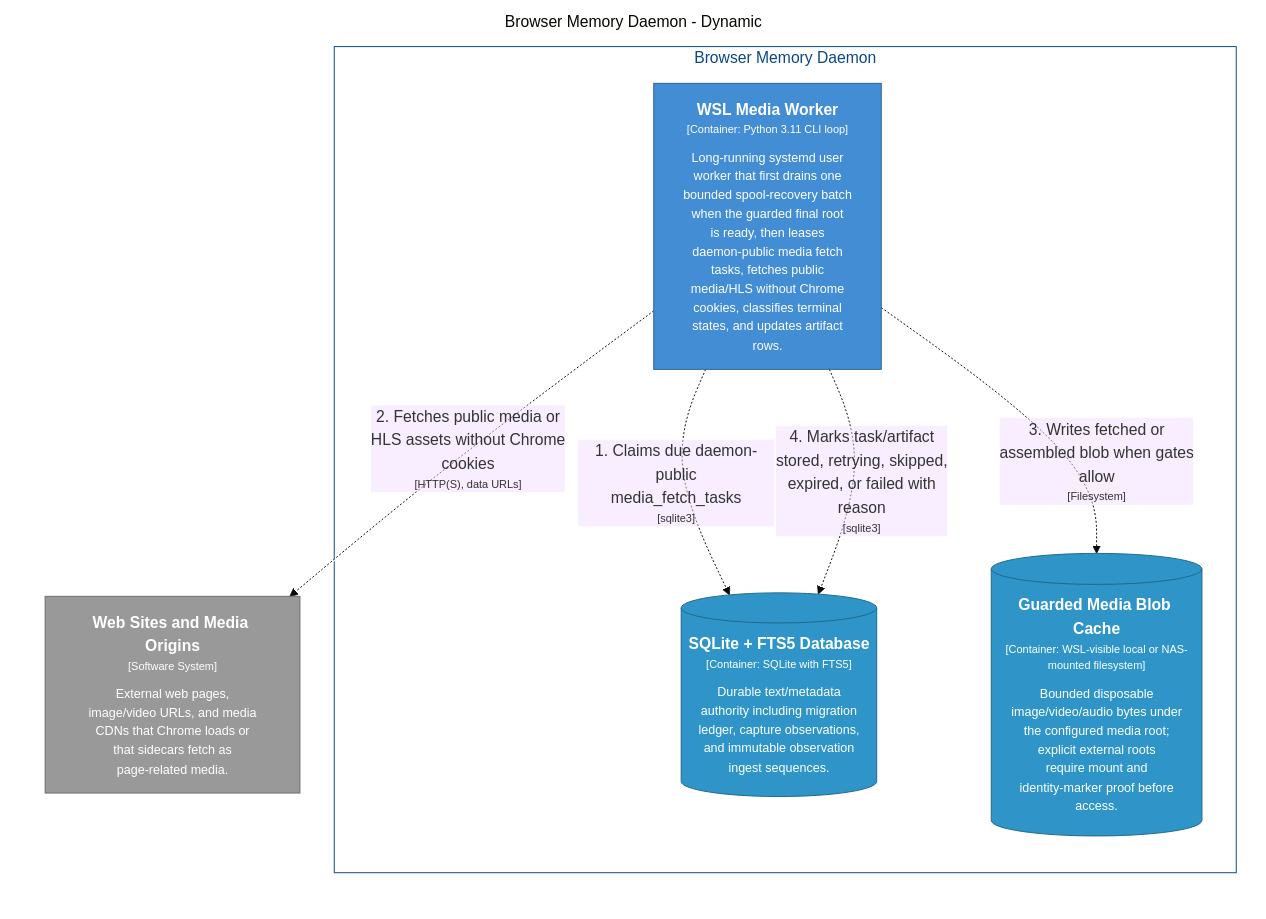
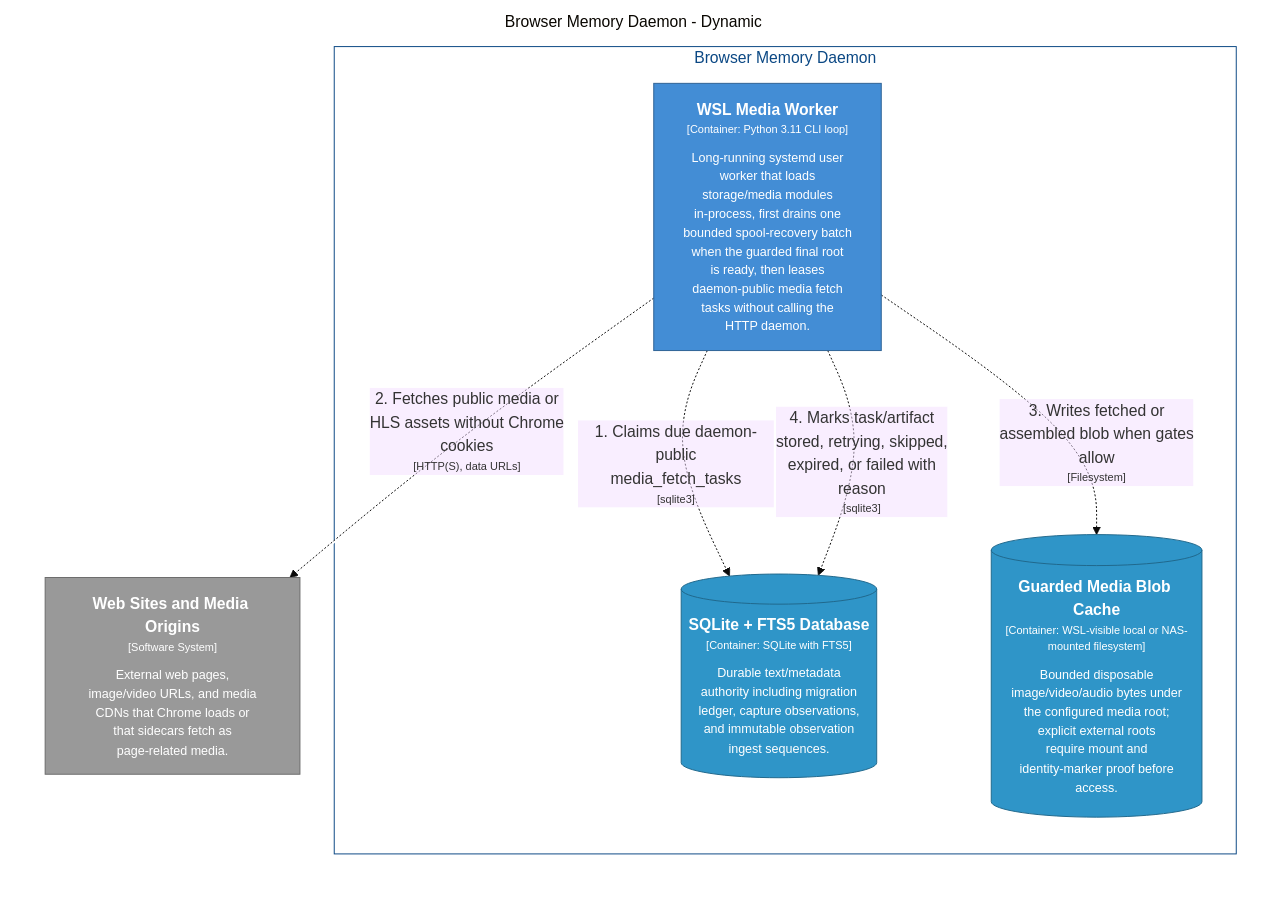
Before and after one commit to michaelnicks0/browser-memory-daemon: the diagram in docs/architecture/diagrams/markdown/DaemonPublicMediaWorkerFlow.md, drawn with Mermaid (base theme). The commit also changed 269 other files, not shown here.

Commit message:
docs: reconcile late architecture audit findings

````diff
--- a/docs/architecture/diagrams/markdown/DaemonPublicMediaWorkerFlow.md
+++ b/docs/architecture/diagrams/markdown/DaemonPublicMediaWorkerFlow.md
@@ -16,27 +16,27 @@
 ```mermaid
 graph LR
   linkStyle default fill:#ffffff
 
   subgraph diagram ["Browser Memory Daemon - Dynamic"]
     style diagram fill:#ffffff,stroke:#ffffff
 
-    subgraph 4 ["Browser Memory Daemon"]
-      style 4 fill:#ffffff,stroke:#0b4884,color:#0b4884
+    subgraph 5 ["Browser Memory Daemon"]
+      style 5 fill:#ffffff,stroke:#0b4884,color:#0b4884
 
-      45["<div style='font-weight: bold'>WSL Media Worker</div><div style='font-size: 70%; margin-top: 0px'>[Container: Python 3.11 CLI loop]</div><div style='font-size: 80%; margin-top:10px'>Long-running systemd user<br />worker that first drains one<br />bounded spool-recovery batch<br />when the guarded final root<br />is ready, then leases<br />daemon-public media fetch<br />tasks, fetches public<br />media/HLS without Chrome<br />cookies, classifies terminal<br />states, and updates artifact<br />rows.</div>"]
+      45["<div style='font-weight: bold'>WSL Media Worker</div><div style='font-size: 70%; margin-top: 0px'>[Container: Python 3.11 CLI loop]</div><div style='font-size: 80%; margin-top:10px'>Long-running systemd user<br />worker that loads<br />storage/media modules<br />in-process, first drains one<br />bounded spool-recovery batch<br />when the guarded final root<br />is ready, then leases<br />daemon-public media fetch<br />tasks without calling the<br />HTTP daemon.</div>"]
       style 45 fill:#438dd5,stroke:#2e6295,color:#ffffff
-      49[("<div style='font-weight: bold'>SQLite + FTS5 Database</div><div style='font-size: 70%; margin-top: 0px'>[Container: SQLite with FTS5]</div><div style='font-size: 80%; margin-top:10px'>Durable text/metadata<br />authority including migration<br />ledger, capture observations,<br />and immutable observation<br />ingest sequences.</div>")]
-      style 49 fill:#2f95c8,stroke:#20688c,color:#ffffff
-      51[("<div style='font-weight: bold'>Guarded Media Blob Cache</div><div style='font-size: 70%; margin-top: 0px'>[Container: WSL-visible local or NAS-mounted filesystem]</div><div style='font-size: 80%; margin-top:10px'>Bounded disposable<br />image/video/audio bytes under<br />the configured media root;<br />explicit external roots<br />require mount and<br />identity-marker proof before<br />access.</div>")]
-      style 51 fill:#2f95c8,stroke:#20688c,color:#ffffff
+      57[("<div style='font-weight: bold'>SQLite + FTS5 Database</div><div style='font-size: 70%; margin-top: 0px'>[Container: SQLite with FTS5]</div><div style='font-size: 80%; margin-top:10px'>Durable text/metadata<br />authority including migration<br />ledger, capture observations,<br />and immutable observation<br />ingest sequences.</div>")]
+      style 57 fill:#2f95c8,stroke:#20688c,color:#ffffff
+      59[("<div style='font-weight: bold'>Guarded Media Blob Cache</div><div style='font-size: 70%; margin-top: 0px'>[Container: WSL-visible local or NAS-mounted filesystem]</div><div style='font-size: 80%; margin-top:10px'>Bounded disposable<br />image/video/audio bytes under<br />the configured media root;<br />explicit external roots<br />require mount and<br />identity-marker proof before<br />access.</div>")]
+      style 59 fill:#2f95c8,stroke:#20688c,color:#ffffff
     end
 
     3["<div style='font-weight: bold'>Web Sites and Media Origins</div><div style='font-size: 70%; margin-top: 0px'>[Software System]</div><div style='font-size: 80%; margin-top:10px'>External web pages,<br />image/video URLs, and media<br />CDNs that Chrome loads or<br />that sidecars fetch as<br />page-related media.</div>"]
     style 3 fill:#999999,stroke:#6b6b6b,color:#ffffff
 
-    45-. "<div>1. Claims due daemon-public<br />media_fetch_tasks</div><div style='font-size: 70%'>[sqlite3]</div>" .->49
+    45-. "<div>1. Claims due daemon-public<br />media_fetch_tasks</div><div style='font-size: 70%'>[sqlite3]</div>" .->57
     45-. "<div>2. Fetches public media or<br />HLS assets without Chrome<br />cookies</div><div style='font-size: 70%'>[HTTP(S), data URLs]</div>" .->3
-    45-. "<div>3. Writes fetched or<br />assembled blob when gates<br />allow</div><div style='font-size: 70%'>[Filesystem]</div>" .->51
-    45-. "<div>4. Marks task/artifact<br />stored, retrying, skipped,<br />expired, or failed with<br />reason</div><div style='font-size: 70%'>[sqlite3]</div>" .->49
+    45-. "<div>3. Writes fetched or<br />assembled blob when gates<br />allow</div><div style='font-size: 70%'>[Filesystem]</div>" .->59
+    45-. "<div>4. Marks task/artifact<br />stored, retrying, skipped,<br />expired, or failed with<br />reason</div><div style='font-size: 70%'>[sqlite3]</div>" .->57
   end
 ```
````
